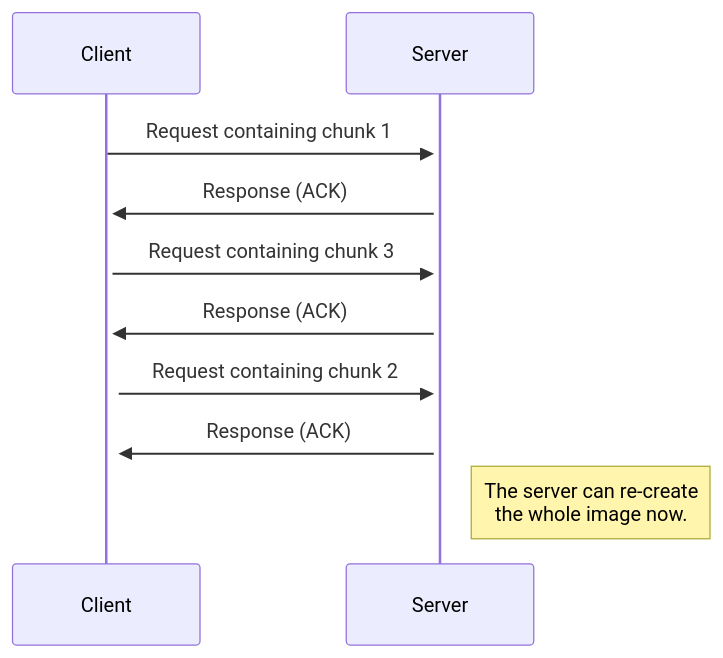
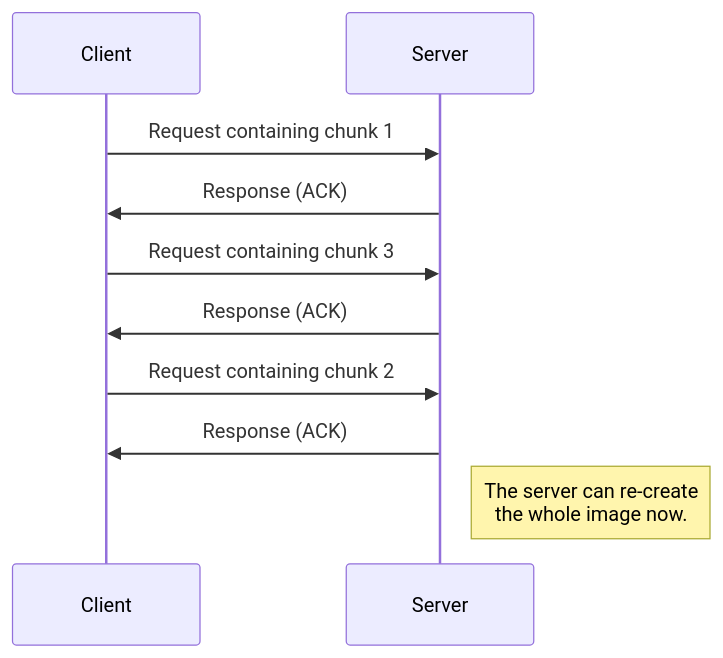
One commit to rohan843/backend-engg-notes changed the third of 4 diagrams in README.md. Above: the diagram before and after it, drawn with Mermaid. The commit also changed other lines of this file, not shown here.

````diff
--- a/README.md
+++ b/README.md
@@ -76,12 +77,12 @@
 ```mermaid
 sequenceDiagram
     participant Client
     participant Server
-    Client->>+Server: Request containing chunk 1
-    Server->>+Client: Response (ACK)
-    Client->>+Server: Request containing chunk 3
-    Server->>+Client: Response (ACK)
-    Client->>+Server: Request containing chunk 2
-    Server->>+Client: Response (ACK)
+    Client->>Server: Request containing chunk 1
+    Server->>Client: Response (ACK)
+    Client->>Server: Request containing chunk 3
+    Server->>Client: Response (ACK)
+    Client->>Server: Request containing chunk 2
+    Server->>Client: Response (ACK)
     Note right of Server: The server can re-create <br> the whole image now.
 ```
````
